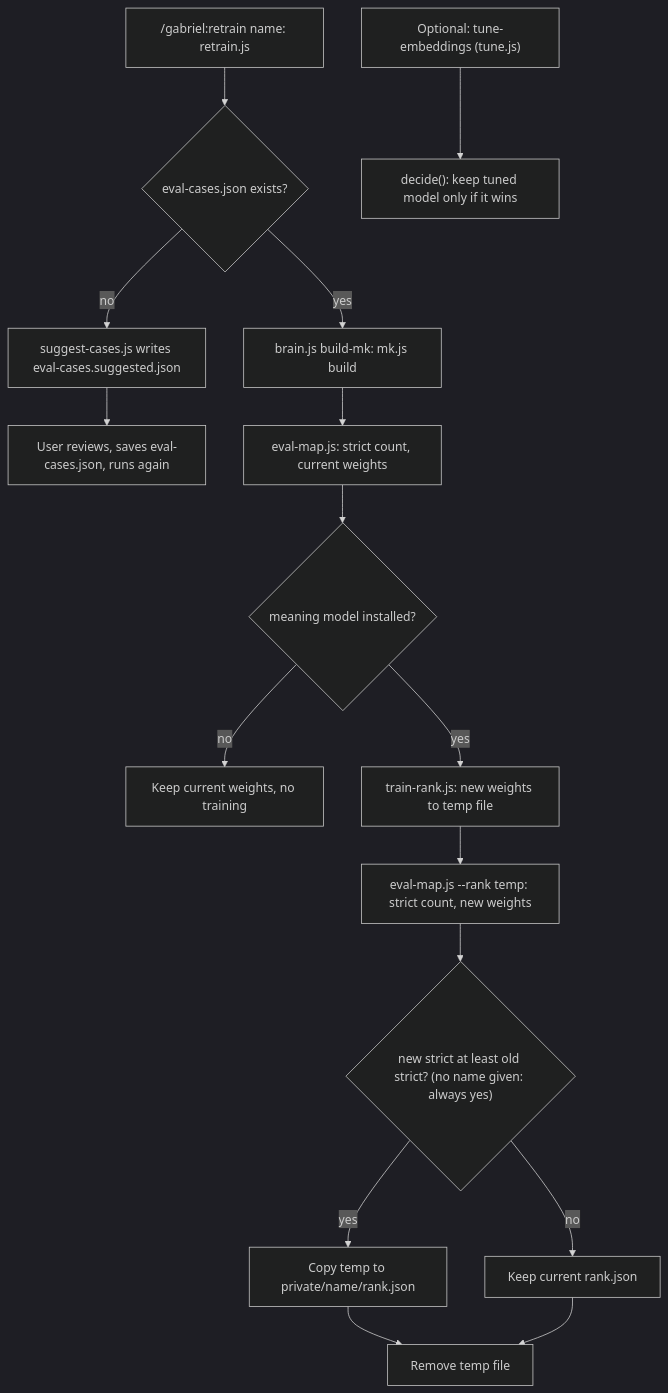
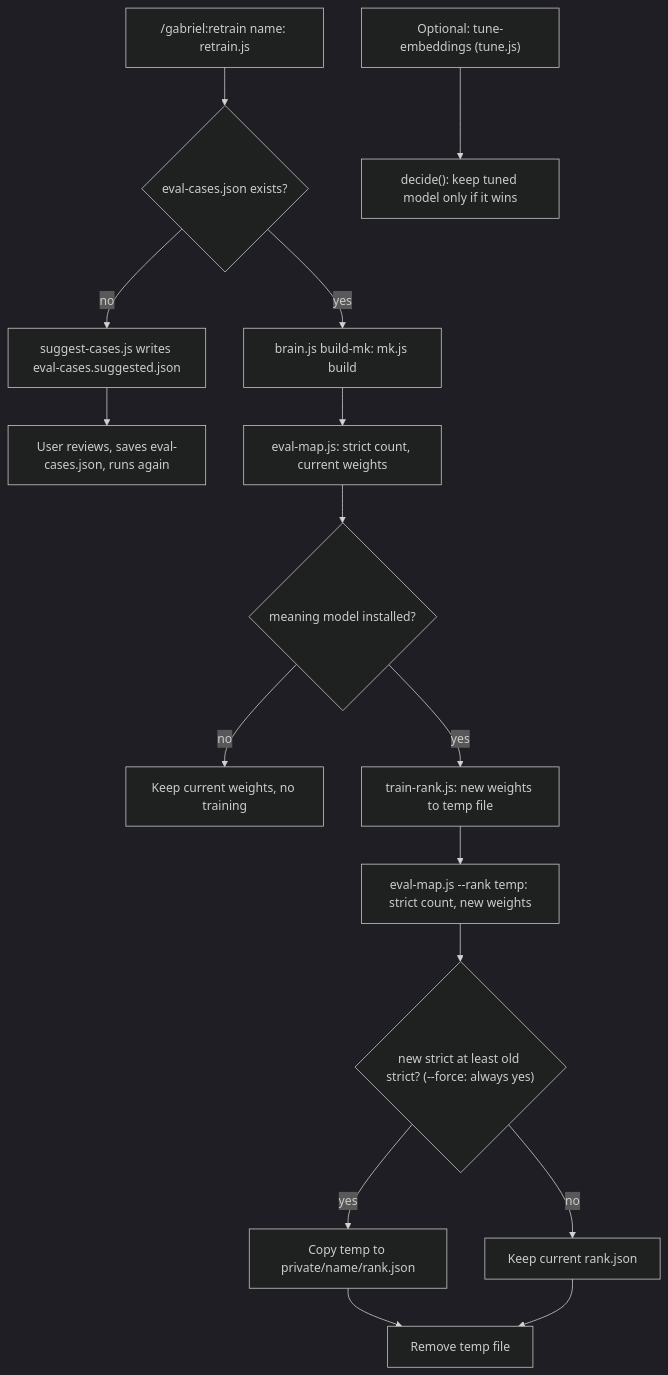
One commit to ThanhNVan/gabriel-plugin changed the diagram in repo-docs/business/workflows/W06-eval-and-retrain.md. Above: the diagram before and after it, drawn with Mermaid (dark theme). The commit also changed other lines of this file and 35 other files, not shown here.

````diff
--- a/repo-docs/business/workflows/W06-eval-and-retrain.md
+++ b/repo-docs/business/workflows/W06-eval-and-retrain.md
@@ -22,18 +22,18 @@
 ```mermaid
 flowchart TD
   A["/gabriel:retrain name: retrain.js"] --> B{"eval-cases.json exists?"}
   B -- no --> C["suggest-cases.js writes eval-cases.suggested.json"]
   C --> C2["User reviews, saves eval-cases.json, runs again"]
   B -- yes --> D["brain.js build-mk: mk.js build"]
   D --> E["eval-map.js: strict count, current weights"]
   E --> F{"meaning model installed?"}
   F -- no --> G["Keep current weights, no training"]
   F -- yes --> H["train-rank.js: new weights to temp file"]
   H --> I["eval-map.js --rank temp: strict count, new weights"]
-  I --> J{"new strict at least old strict? (no name given: always yes)"}
+  I --> J{"new strict at least old strict? (--force: always yes)"}
   J -- yes --> K["Copy temp to private/name/rank.json"]
   J -- no --> L["Keep current rank.json"]
   K --> M["Remove temp file"]
   L --> M
   T["Optional: tune-embeddings (tune.js)"] --> U["decide(): keep tuned model only if it wins"]
 ```
````
